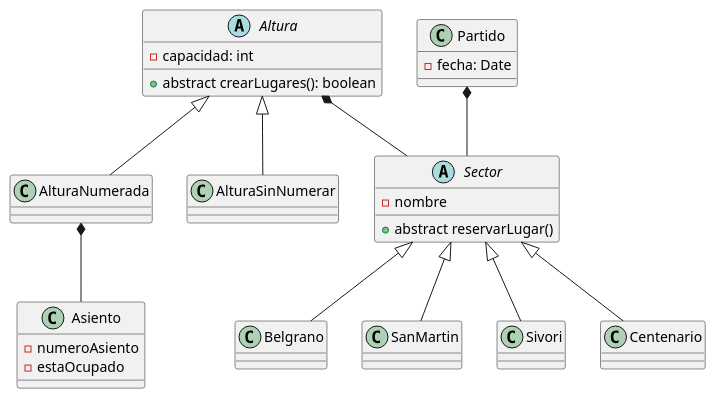
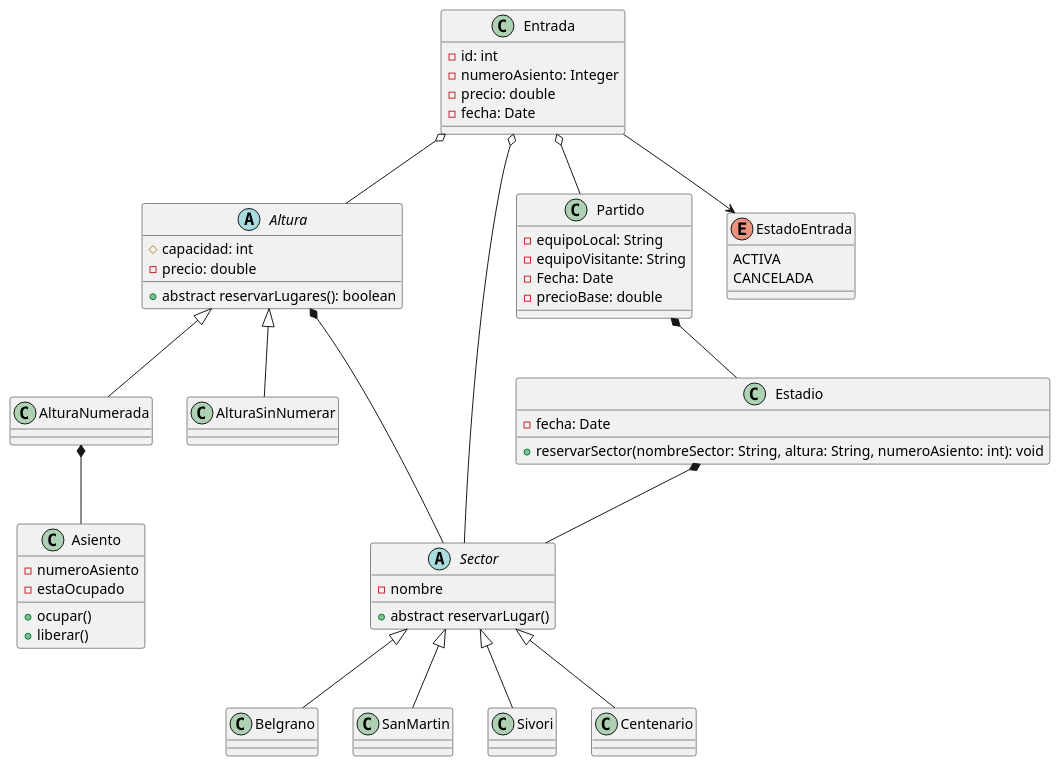
Before and after one commit to SimonForteza/TPO_POO_2024: the diagram in src/main/resources/diagram.puml, drawn with PlantUML. The commit also changed 10 other files, not shown here.

Commit message:
cambios en el diagrama de clases y en los sectores

```diff
--- a/src/main/resources/diagram.puml
+++ b/src/main/resources/diagram.puml
@@ -1,42 +1,73 @@
 @startuml
 abstract class Altura{
-    -capacidad: int
-    +abstract crearLugares(): boolean
+    #capacidad: int
+    -precio: double
+    +abstract reservarLugares(): boolean
 }
 
 class AlturaNumerada{}
 class AlturaSinNumerar{}
 
 class Asiento{
     -numeroAsiento
     -estaOcupado
+    +ocupar()
+    +liberar()
 }
 
 abstract class Sector{
     -nombre
     +abstract reservarLugar()
 }
 
 class Belgrano{}
 class SanMartin{}
 class Sivori{}
 class Centenario{}
 
-class Partido {
+class Estadio {
     -fecha: Date
+    +reservarSector(nombreSector: String, altura: String, numeroAsiento: int): void
+}
+
+class Partido{
+    -equipoLocal: String
+    -equipoVisitante: String
+    -Fecha: Date
+    -precioBase: double
+}
+
+class Entrada{
+    -id: int
+    -numeroAsiento: Integer
+    -precio: double
+    -fecha: Date
+
+}
+
+enum EstadoEntrada {
+    ACTIVA
+    CANCELADA
 }
 
 Altura <|-- AlturaNumerada
 Altura <|-- AlturaSinNumerar
 
 Altura *-- Sector
 AlturaNumerada *-- Asiento
 
 Sector <|-- Belgrano
 Sector <|-- SanMartin
 Sector <|-- Sivori
 Sector <|-- Centenario
 
-Partido *-- Sector
+Estadio *-- Sector
+
+Entrada o-- Partido
+Entrada o-- Sector
+Entrada o-- Altura
+Entrada --> EstadoEntrada
+
+Partido *-- Estadio
 
 @enduml
```
